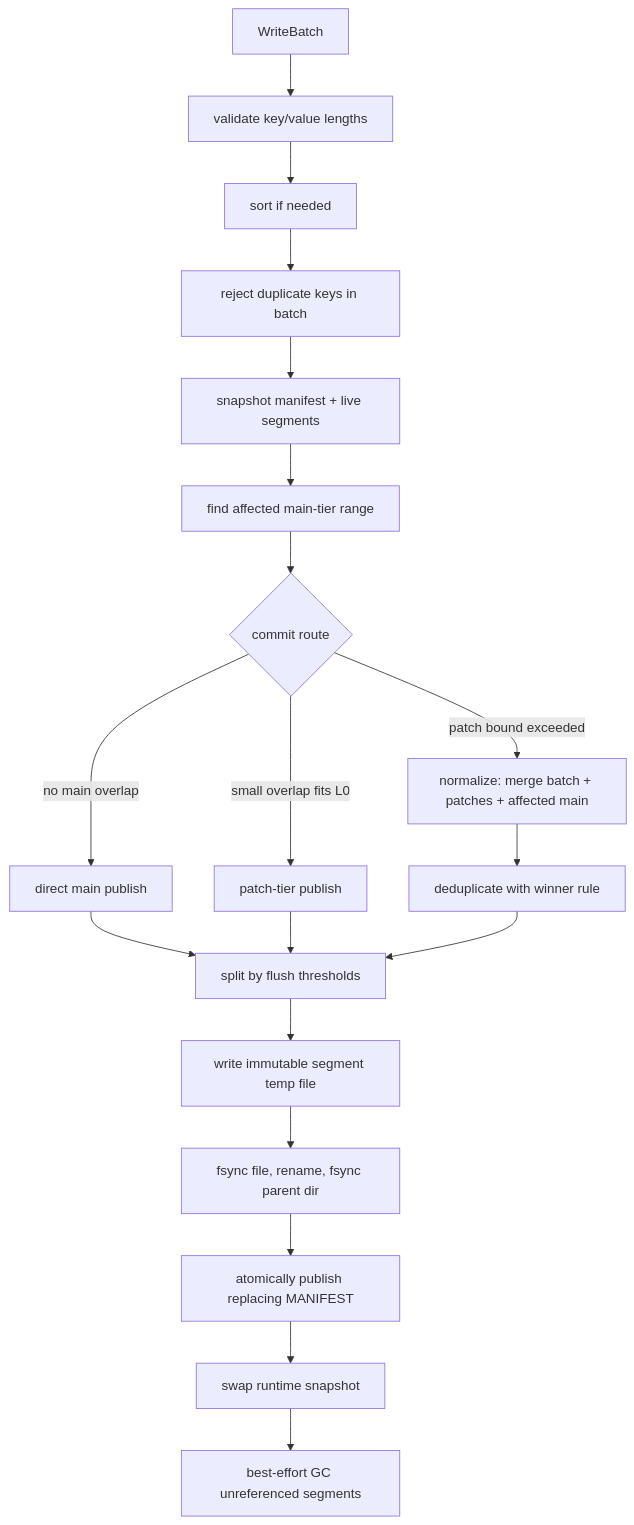
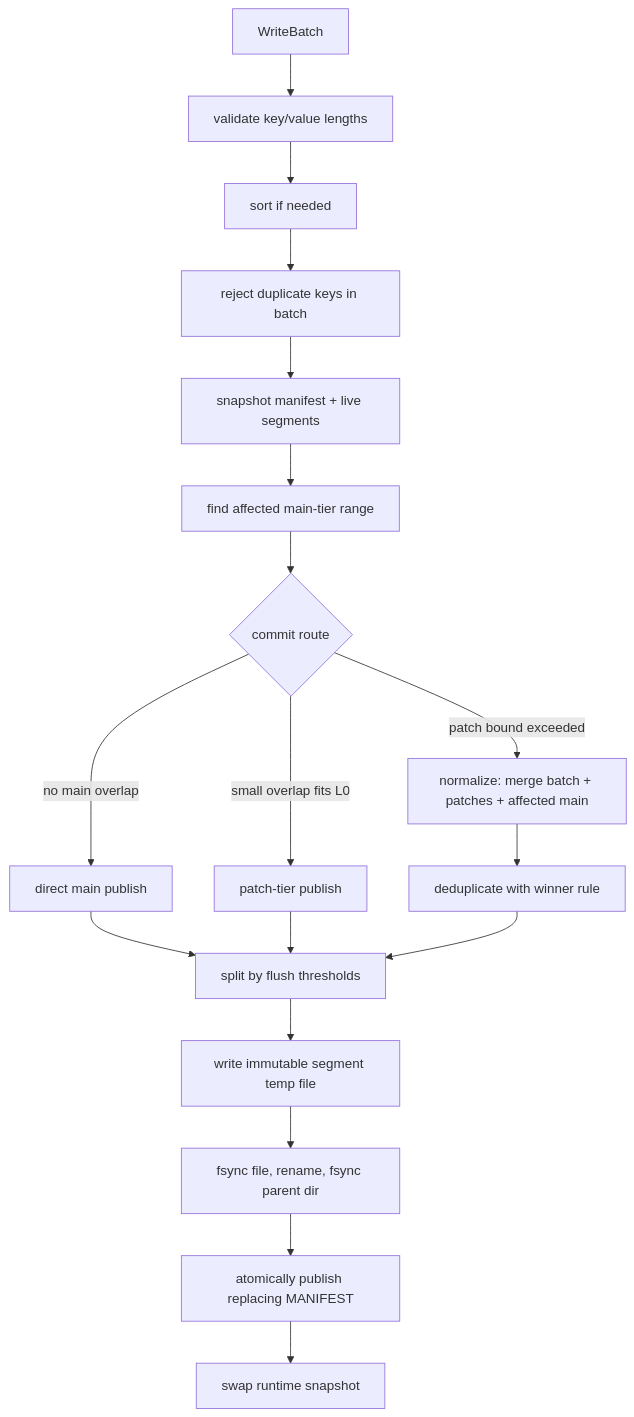
Before and after one commit to wangl-cc/evo-ssa-tools: the fifth of 7 diagrams in crates/segment-cache-store/docs/design.md, drawn with Mermaid. The commit also changed other lines of this file and 8 other files, not shown here.

````diff
--- a/crates/segment-cache-store/docs/design.md
+++ b/crates/segment-cache-store/docs/design.md
@@ -420,24 +420,23 @@
 ```mermaid
 flowchart TD
   Batch["WriteBatch"] --> Validate["validate key/value lengths"]
   Validate --> Sort["sort if needed"]
   Sort --> Duplicates["reject duplicate keys in batch"]
   Duplicates --> Snapshot["snapshot manifest + live segments"]
   Snapshot --> Affected["find affected main-tier range"]
   Affected --> Route{"commit route"}
 
   Route -->|no main overlap| Direct["direct main publish"]
   Route -->|small overlap fits L0| Patch["patch-tier publish"]
   Route -->|patch bound exceeded| Normalize["normalize: merge batch + patches + affected main"]
 
   Direct --> Split["split by flush thresholds"]
   Patch --> Split
   Normalize --> Dedup["deduplicate with winner rule"]
   Dedup --> Split
 
   Split --> WriteSeg["write immutable segment temp file"]
   WriteSeg --> Rename["fsync file, rename, fsync parent dir"]
   Rename --> Publish["atomically publish replacing MANIFEST"]
   Publish --> Swap["swap runtime snapshot"]
-  Swap --> GC["best-effort GC unreferenced segments"]
 ```
````
